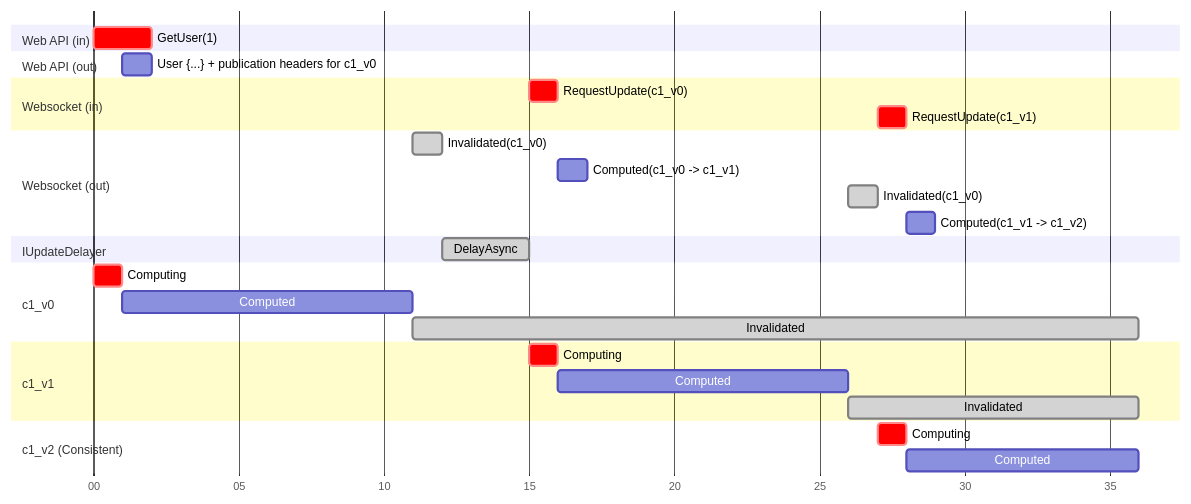
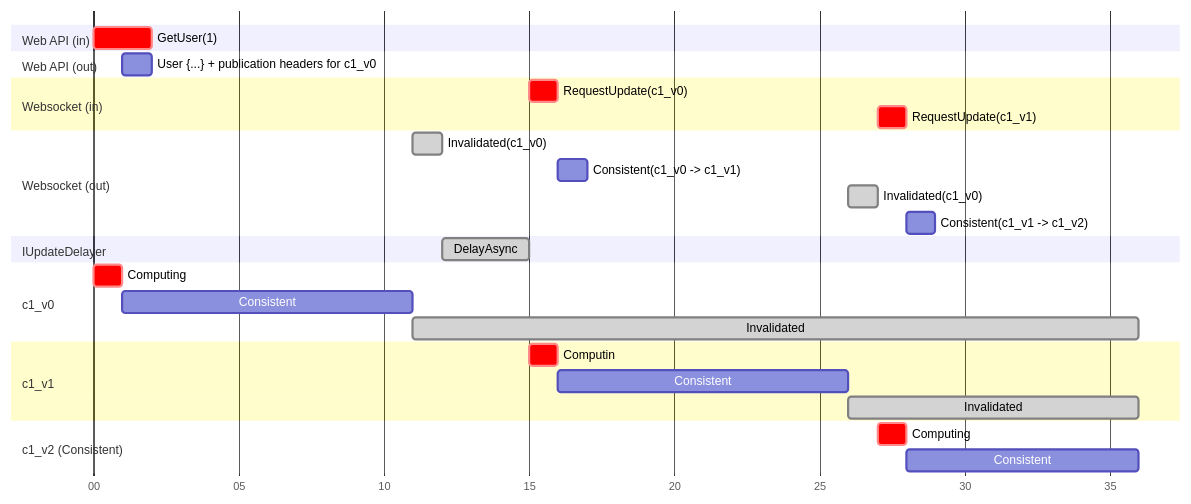
Before and after one commit to servicetitan/Stl.Fusion: the diagram in docs/img-src/ComputedReplica-Gantt.mmd, drawn with Mermaid. The commit also changed 85 other files, not shown here.

Commit message:
doc: Update diagrams

```diff
--- a/docs/img-src/ComputedReplica-Gantt.mmd
+++ b/docs/img-src/ComputedReplica-Gantt.mmd
@@ -1,29 +1,30 @@
 gantt
   dateFormat s
   axisFormat %S
+
   section Web API (in)
-  GetUser(1)  : crit, g0, 0, 2s
+    GetUser(1)  : crit, g0, 0, 2s
   section Web API (out)
-  User {...} + publication headers for c1_v0 : after a0, 1s
+    User {...} + publication headers for c1_v0 : after a0, 1s
   section Websocket (in)
-  RequestUpdate(c1_v0)      : crit, u0, 15, 1s
-  RequestUpdate(c1_v1)      : crit, u1, 27, 1s
+    RequestUpdate(c1_v0)       : crit, u0, 15, 1s
+    RequestUpdate(c1_v1)       : crit, u1, 27, 1s
   section Websocket (out)
-  Invalidated(c1_v0) : done, i0, after a1, 1s
-  Computed(c1_v0 -> c1_v1) : after u0, 1s
-  Invalidated(c1_v0) : done, i1, after b1, 1s
-  Computed(c1_v1 -> c1_v2) : after u1, 1s
+    Invalidated(c1_v0)         : done, i0, after a1, 1s
+    Consistent(c1_v0 -> c1_v1) : after u0, 1s
+    Invalidated(c1_v0)         : done, i1, after b1, 1s
+    Consistent(c1_v1 -> c1_v2) : after u1, 1s
   section IUpdateDelayer
-  DelayAsync : done, after i0, 3s
+    DelayAsync : done, after i0, 3s
 
-	section c1_v0
-	Computing   : crit, a0, 0, 1s
-	Computed    : a1, after a0, 10s
-	Invalidated : done, a2, after a1, 25s
+  section c1_v0
+    Computing   : crit, a0, 0, 1s
+    Consistent  : a1, after a0, 10s
+    Invalidated : done, a2, after a1, 25s
   section c1_v1
-  Computing   : crit, b0, 15, 1s
-	Computed    : b1, after b0, 10s
-	Invalidated : done, b2, after b1, 10s
+    Computin    : crit, b0, 15, 1s
+    Consistent  : b1, after b0, 10s
+    Invalidated : done, b2, after b1, 10s
   section c1_v2 (Consistent)
-  Computing   : crit, c0, 27, 1s
-	Computed    : c1, after c0, 8s
+    Computing   : crit, c0, 27, 1s
+    Consistent  : c1, after c0, 8s
```
